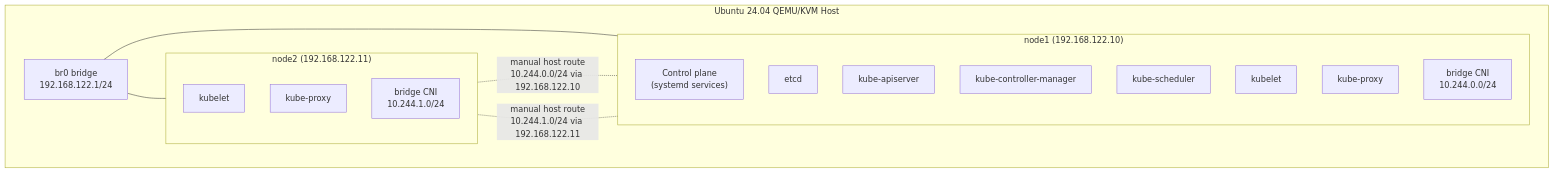
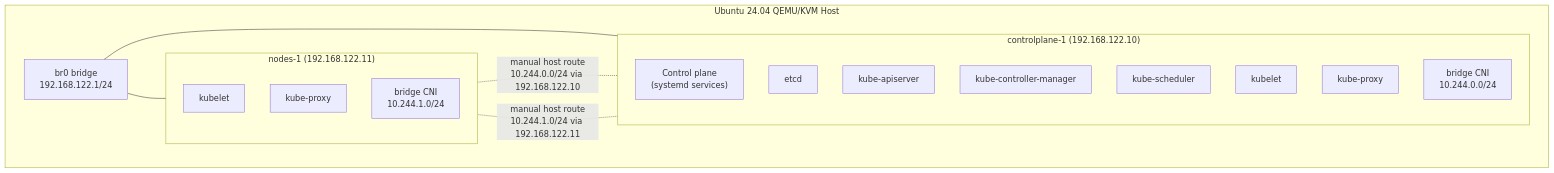
Before and after one commit to mrmcmuffinz/cka-exam-prep: the diagram in cluster-setup/vm/two-systemd/README.md, drawn with Mermaid. The commit also changed other lines of this file and 39 other files, not shown here.

First line of the commit message:
G: rename node1/node2 to controlplane-1/nodes-1 throughout

````diff
--- a/cluster-setup/vm/two-systemd/README.md
+++ b/cluster-setup/vm/two-systemd/README.md
@@ -11,26 +11,26 @@
 ```mermaid
 graph TB
     subgraph Host["Ubuntu 24.04 QEMU/KVM Host"]
         br0["br0 bridge<br/>192.168.122.1/24"]
-        subgraph node1["node1 (192.168.122.10)"]
+        subgraph controlplane-1["controlplane-1 (192.168.122.10)"]
             n1_cp["Control plane<br/>(systemd services)"]
             n1_etcd["etcd"]
             n1_api["kube-apiserver"]
             n1_cm["kube-controller-manager"]
             n1_sch["kube-scheduler"]
             n1_kubelet["kubelet"]
             n1_proxy["kube-proxy"]
             n1_cni["bridge CNI<br/>10.244.0.0/24"]
         end
-        subgraph node2["node2 (192.168.122.11)"]
+        subgraph nodes-1["nodes-1 (192.168.122.11)"]
             n2_kubelet["kubelet"]
             n2_proxy["kube-proxy"]
             n2_cni["bridge CNI<br/>10.244.1.0/24"]
         end
     end
 
-    br0 --- node1
-    br0 --- node2
-    node1 -. "manual host route<br/>10.244.1.0/24 via 192.168.122.11" .- node2
-    node2 -. "manual host route<br/>10.244.0.0/24 via 192.168.122.10" .- node1
+    br0 --- controlplane-1
+    br0 --- nodes-1
+    controlplane-1 -. "manual host route<br/>10.244.1.0/24 via 192.168.122.11" .- nodes-1
+    nodes-1 -. "manual host route<br/>10.244.0.0/24 via 192.168.122.10" .- controlplane-1
 ```
````
